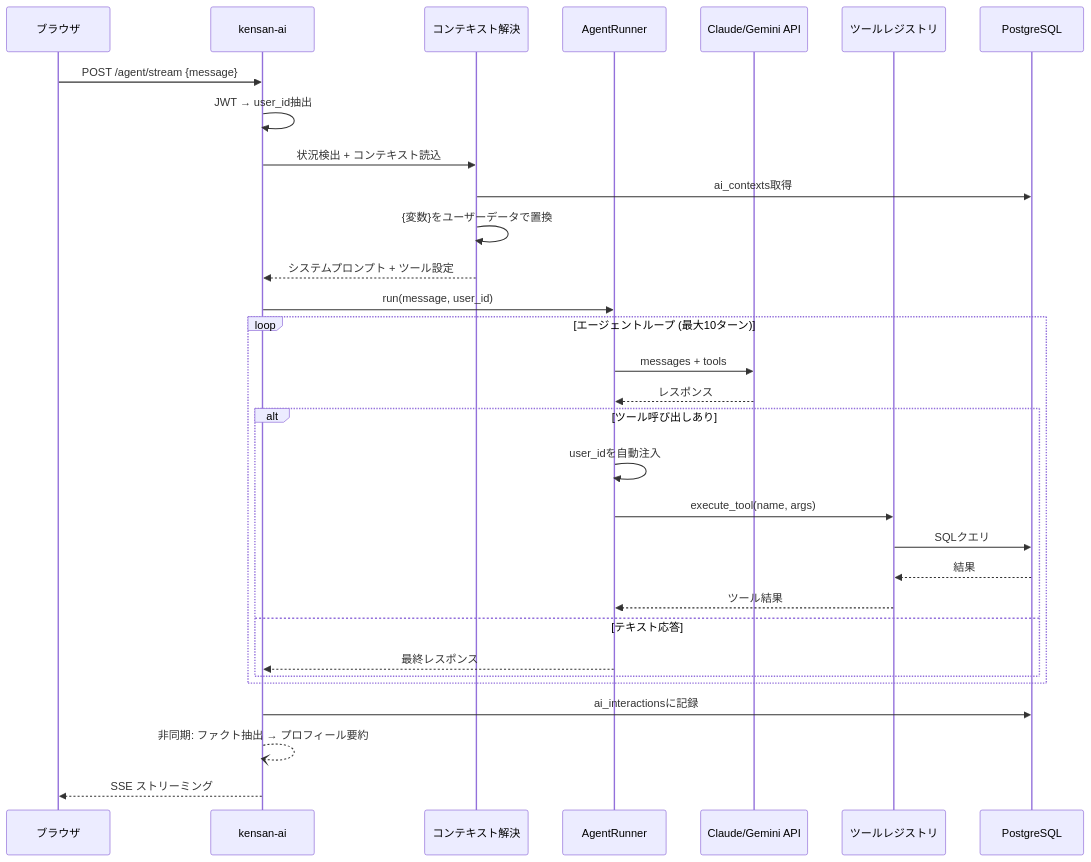
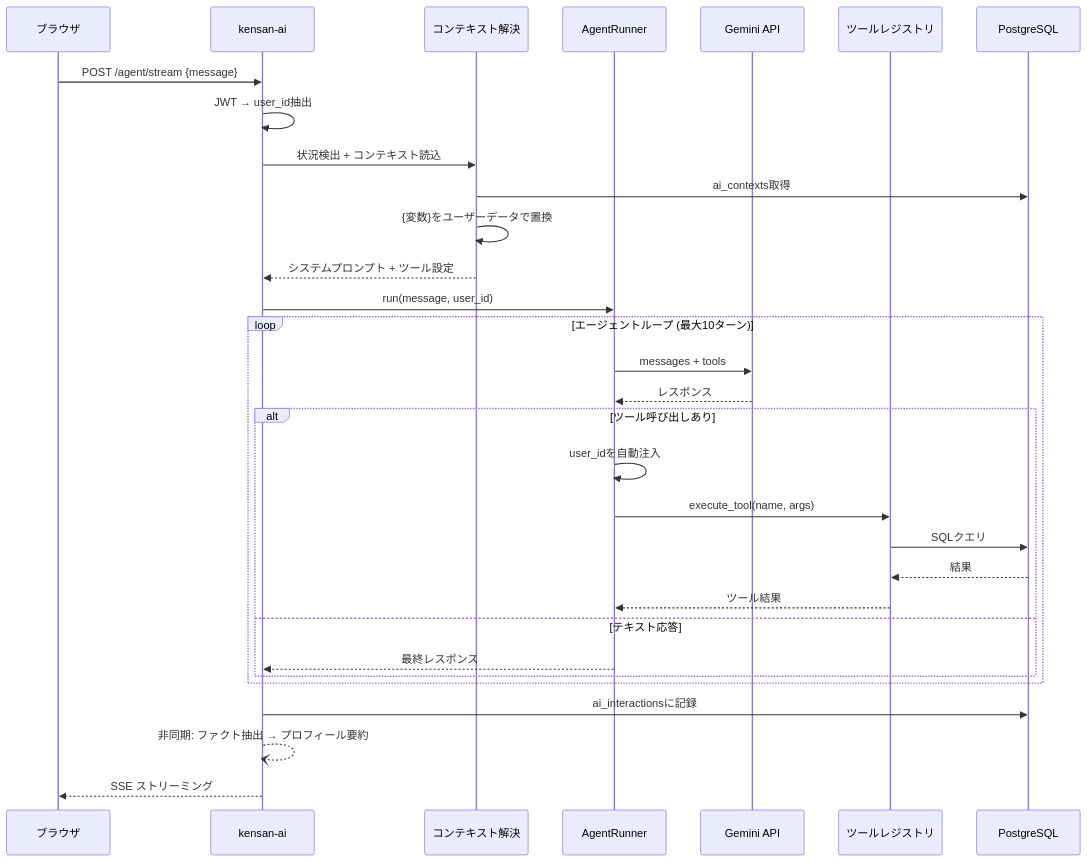
One commit to yu-min3/kensan changed the seventh of 16 diagrams in ARCHITECTURE.md. Above: the diagram before and after it, drawn with Mermaid. The commit also changed other lines of this file and 9 other files, not shown here.

````diff
--- a/ARCHITECTURE.md
+++ b/ARCHITECTURE.md
@@ -293,38 +289,38 @@
 ```mermaid
 sequenceDiagram
     participant U as ブラウザ
     participant AI as kensan-ai
     participant Ctx as コンテキスト解決
     participant Agent as AgentRunner
-    participant LLM as Claude/Gemini API
+    participant LLM as Gemini API
     participant Tools as ツールレジストリ
     participant DB as PostgreSQL
 
     U->>AI: POST /agent/stream {message}
     AI->>AI: JWT → user_id抽出
     AI->>Ctx: 状況検出 + コンテキスト読込
     Ctx->>DB: ai_contexts取得
     Ctx->>Ctx: {変数}をユーザーデータで置換
     Ctx-->>AI: システムプロンプト + ツール設定
 
     AI->>Agent: run(message, user_id)
 
     loop エージェントループ (最大10ターン)
         Agent->>LLM: messages + tools
         LLM-->>Agent: レスポンス
 
         alt ツール呼び出しあり
             Agent->>Agent: user_idを自動注入
             Agent->>Tools: execute_tool(name, args)
             Tools->>DB: SQLクエリ
             DB-->>Tools: 結果
             Tools-->>Agent: ツール結果
         else テキスト応答
             Agent-->>AI: 最終レスポンス
         end
     end
 
     AI->>DB: ai_interactionsに記録
     AI--)AI: 非同期: ファクト抽出 → プロフィール要約
     AI-->>U: SSE ストリーミング
 ```
````
